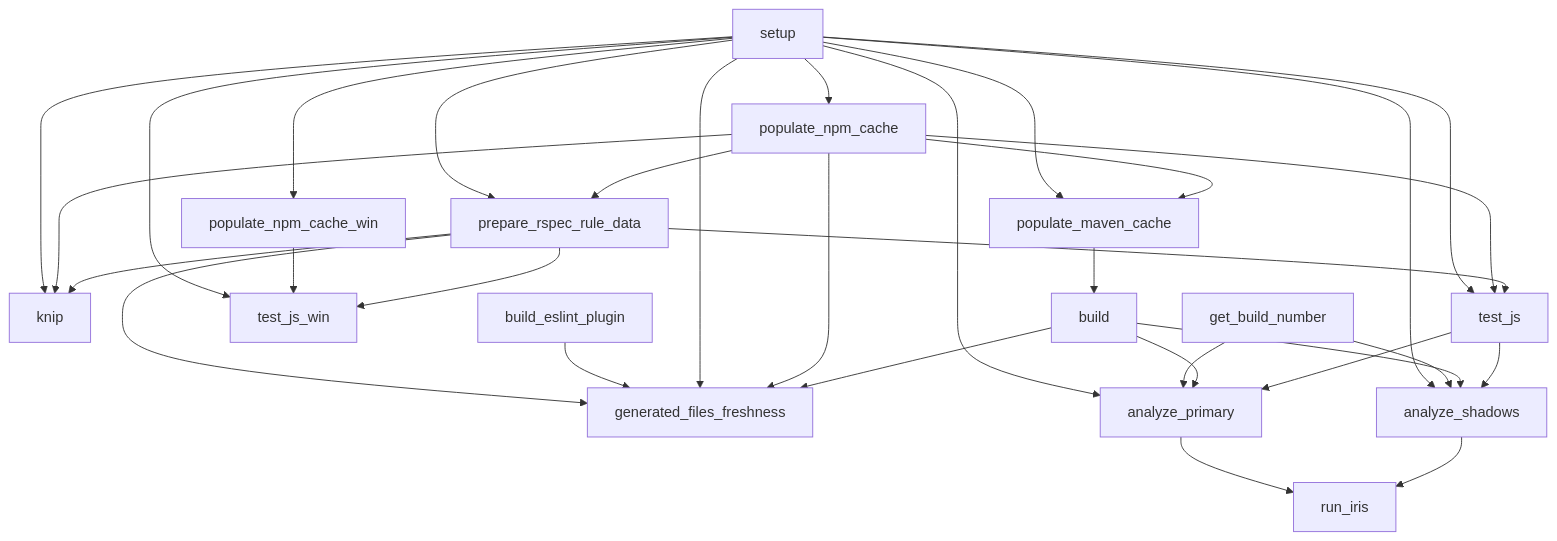
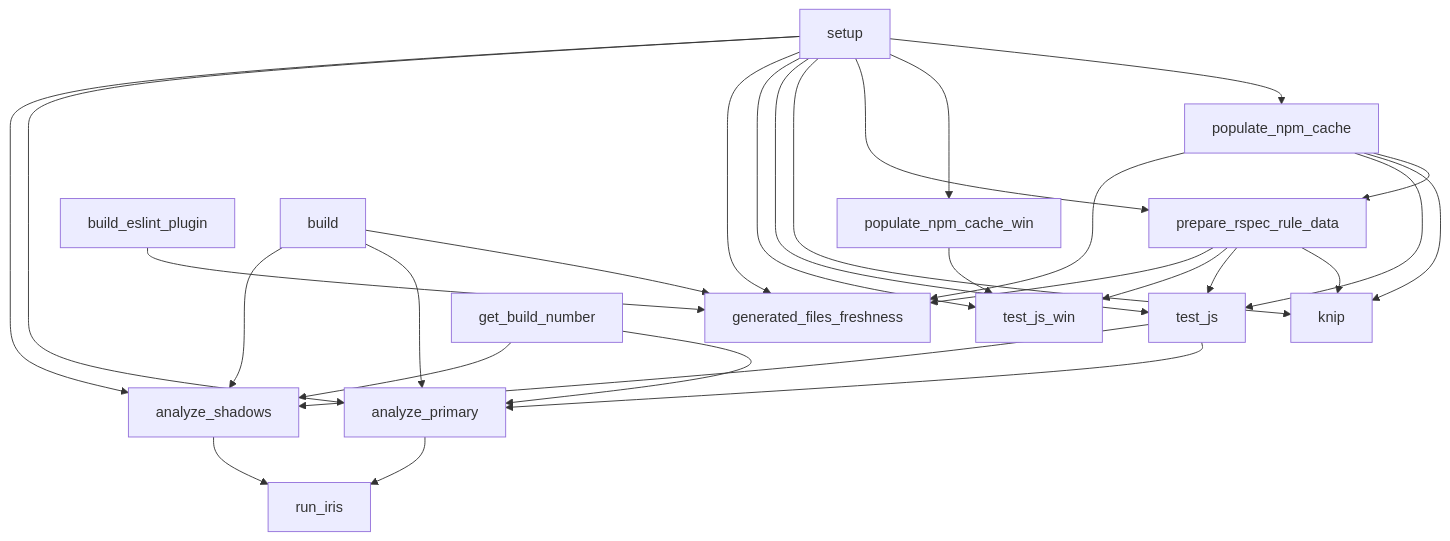
One commit to SonarSource/SonarJS changed the third of 4 diagrams in docs/CI.md. Above: the diagram before and after it, drawn with Mermaid. The commit also changed other lines of this file and 1 other file, not shown here.

Commit message:
Simplify-Maven-license-validation

````diff
--- a/docs/CI.md
+++ b/docs/CI.md
@@ -185,41 +182,37 @@
 ```mermaid
 flowchart TD
   setup["setup"] --> populate_npm_cache["populate_npm_cache"]
   setup --> populate_npm_cache_win["populate_npm_cache_win"]
   setup --> prepare_rspec_rule_data["prepare_rspec_rule_data"]
   populate_npm_cache --> prepare_rspec_rule_data
 
   setup --> knip["knip"]
   populate_npm_cache --> knip
   prepare_rspec_rule_data --> knip
 
   setup --> test_js["test_js"]
   populate_npm_cache --> test_js
   prepare_rspec_rule_data --> test_js
 
   setup --> test_js_win["test_js_win"]
   populate_npm_cache_win --> test_js_win
   prepare_rspec_rule_data --> test_js_win
 
   prepare_rspec_rule_data --> generated_files_freshness
   build_eslint_plugin["build_eslint_plugin"] --> generated_files_freshness["generated_files_freshness"]
   setup --> generated_files_freshness
   populate_npm_cache --> generated_files_freshness
   build --> generated_files_freshness
-  setup --> populate_maven_cache["populate_maven_cache"]
-  populate_npm_cache --> populate_maven_cache
-  populate_maven_cache --> build
-
   setup --> analyze_primary["analyze_primary"]
   get_build_number["get_build_number"] --> analyze_primary
   build["build"] --> analyze_primary
   test_js --> analyze_primary
 
   setup --> analyze_shadows["analyze_shadows"]
   get_build_number --> analyze_shadows
   build --> analyze_shadows
   test_js --> analyze_shadows
 
   analyze_primary --> run_iris["run_iris"]
   analyze_shadows --> run_iris
 ```
````
